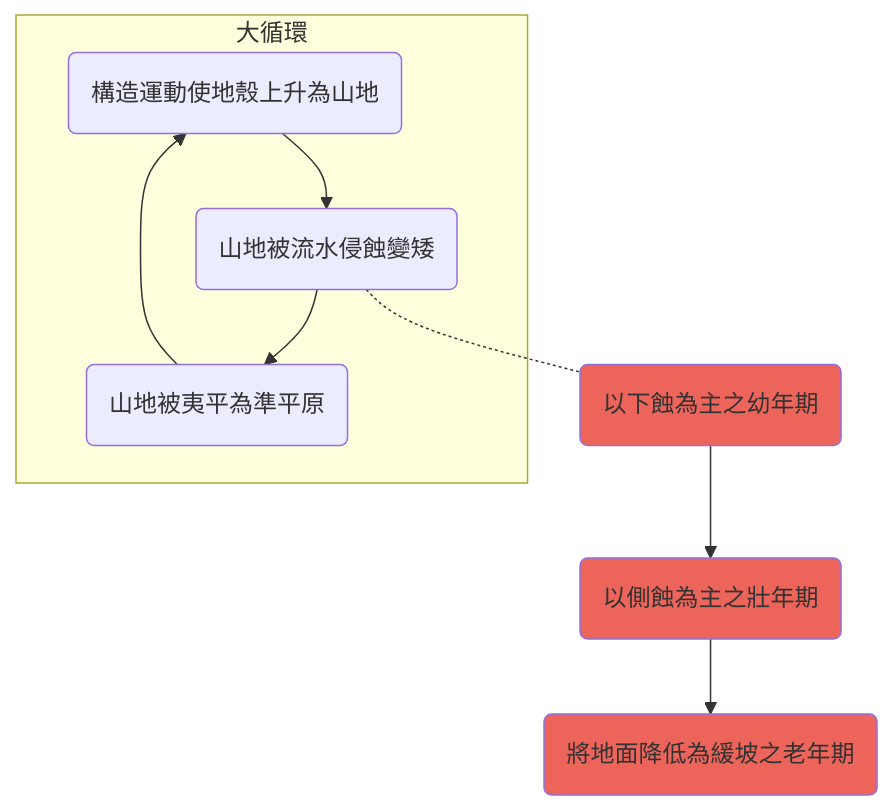
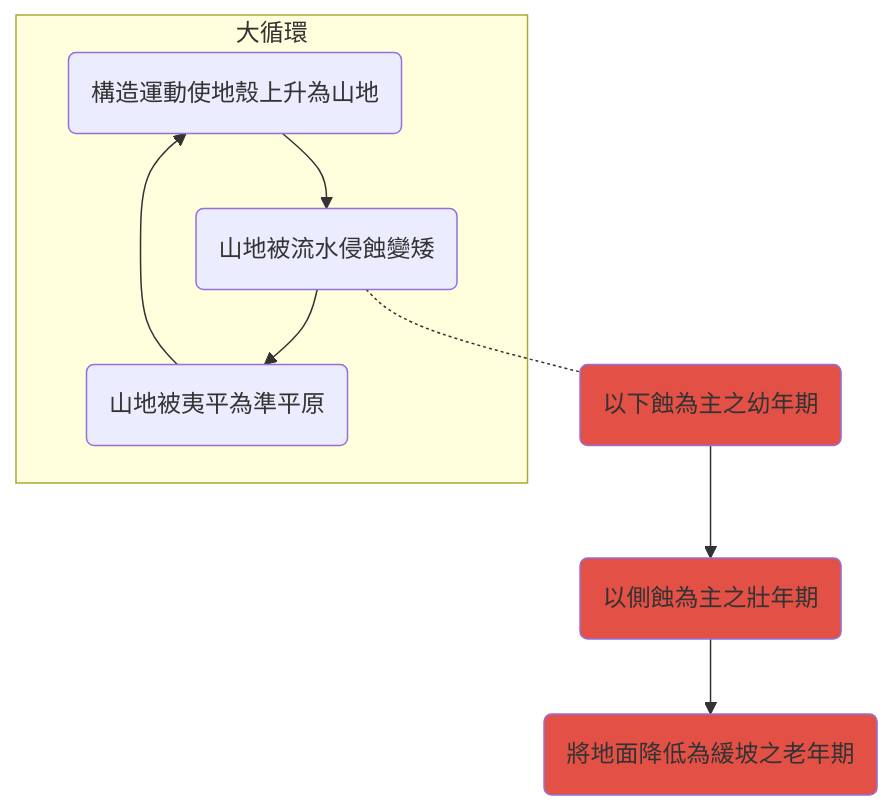
The diagram in Zettelkasten/侵蝕輪迴論.md (Ethane1755/Obsidian), drawn with Mermaid before and after one commit. The commit also changed other lines of this file and 1 other file, not shown here.

Commit message:
Obsidian Backup 2021-08-28 19:45

````diff
--- a/Zettelkasten/侵蝕輪迴論.md
+++ b/Zettelkasten/侵蝕輪迴論.md
@@ -7,11 +7,11 @@
 ```mermaid
 graph TD
 subgraph 大循環
 id1(構造運動使地殼上升為山地)-->id2(山地被流水侵蝕變矮)-->id3(山地被夷平為準平原)-->id1
 end
 id2-.-id4(以下蝕為主之幼年期)
 id4-->id5(以側蝕為主之壯年期)-->id6(將地面降低為緩坡之老年期)
-style id4 fill:#ed645a
-style id5 fill:#ed645a
-style id6 fill:#ed645a
+style id4 fill:#e35146
+style id5 fill:#e35146
+style id6 fill:#e35146
 ```
````
